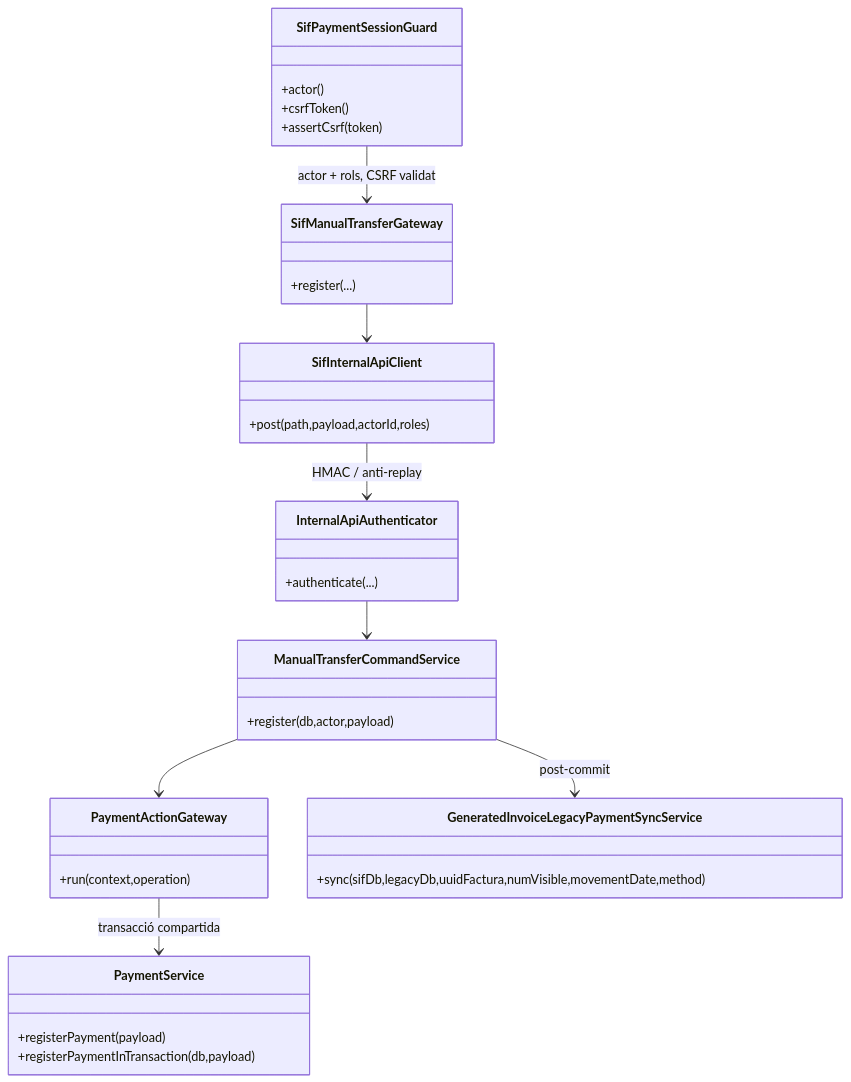
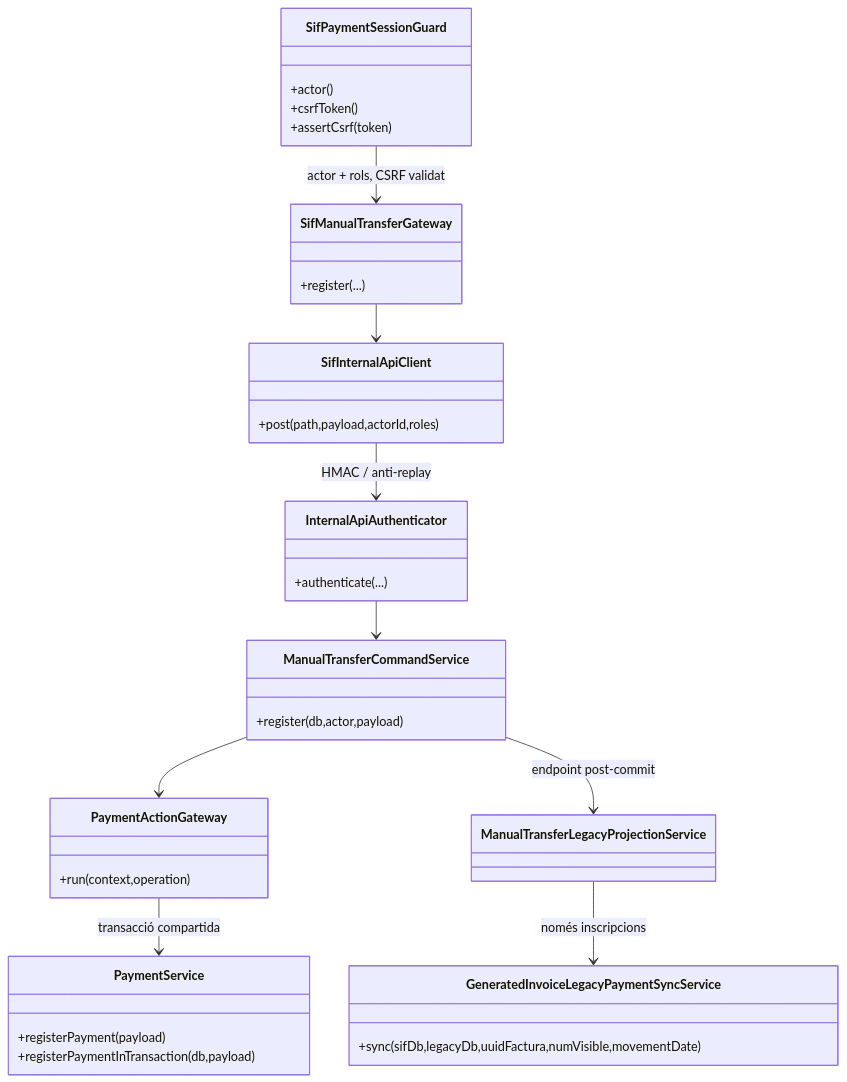
One commit to orgmeriemprismacat-del/verifactu changed the fourth of 5 diagrams in documentacio/07-uml-integrat/uc-022-classes-actual-final.md. Above: the diagram before and after it, drawn with Mermaid. The commit also changed other lines of this file, not shown here.

Commit message:
docs(uc-022): align class diagram with single SIF projection owner

````diff
--- a/documentacio/07-uml-integrat/uc-022-classes-actual-final.md
+++ b/documentacio/07-uml-integrat/uc-022-classes-actual-final.md
@@ -143,38 +143,39 @@
 ```mermaid
 classDiagram
     class SifPaymentSessionGuard {
       +actor()
       +csrfToken()
       +assertCsrf(token)
     }
     class SifInternalApiClient {
       +post(path,payload,actorId,roles)
     }
     class SifManualTransferGateway {
       +register(...)
     }
     class InternalApiAuthenticator {
       +authenticate(...)
     }
     class ManualTransferCommandService {
       +register(db,actor,payload)
     }
     class PaymentActionGateway {
       +run(context,operation)
     }
     class PaymentService {
       +registerPayment(payload)
       +registerPaymentInTransaction(db,payload)
     }
     class GeneratedInvoiceLegacyPaymentSyncService {
-      +sync(sifDb,legacyDb,uuidFactura,numVisible,movementDate,method)
+      +sync(sifDb,legacyDb,uuidFactura,numVisible,movementDate)
     }
 
     SifPaymentSessionGuard --> SifManualTransferGateway : actor + rols, CSRF validat
     SifManualTransferGateway --> SifInternalApiClient
     SifInternalApiClient --> InternalApiAuthenticator : HMAC / anti-replay
     InternalApiAuthenticator --> ManualTransferCommandService
     ManualTransferCommandService --> PaymentActionGateway
     PaymentActionGateway --> PaymentService : transacció compartida
-    ManualTransferCommandService --> GeneratedInvoiceLegacyPaymentSyncService : post-commit
+    ManualTransferCommandService --> ManualTransferLegacyProjectionService : endpoint post-commit
+    ManualTransferLegacyProjectionService --> GeneratedInvoiceLegacyPaymentSyncService : només inscripcions
 ```
````
